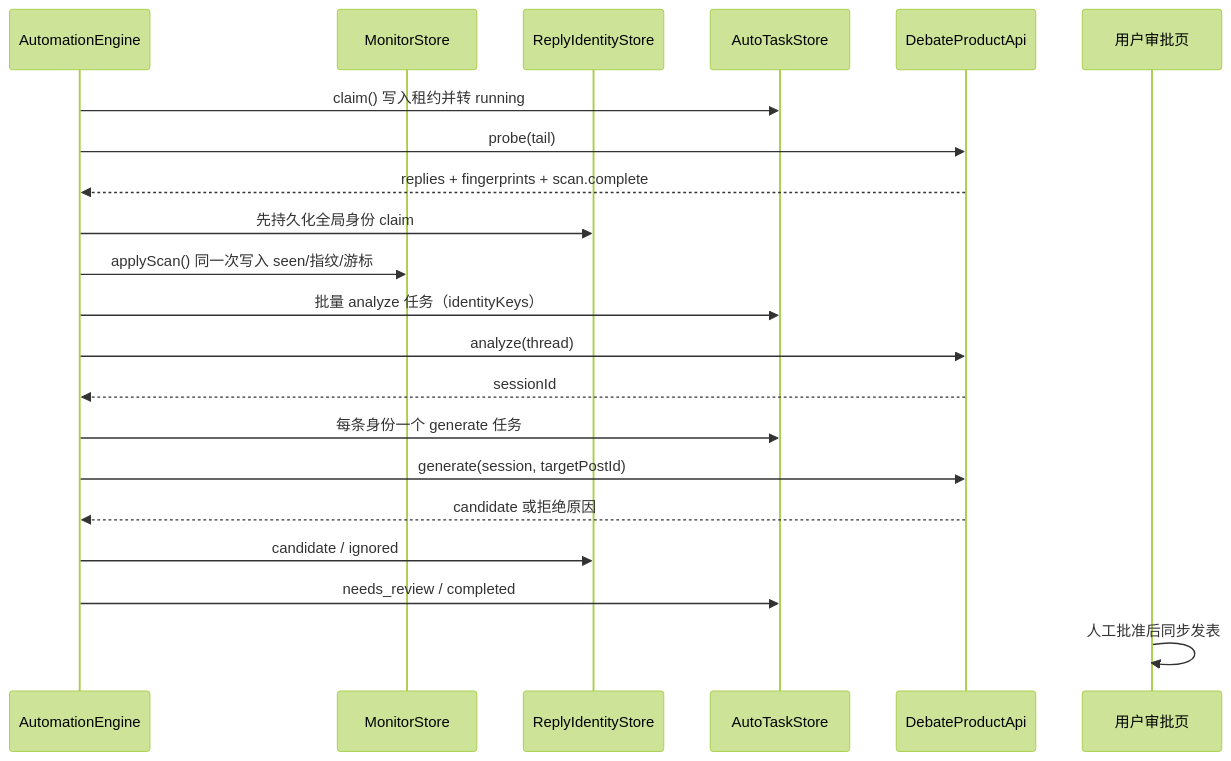
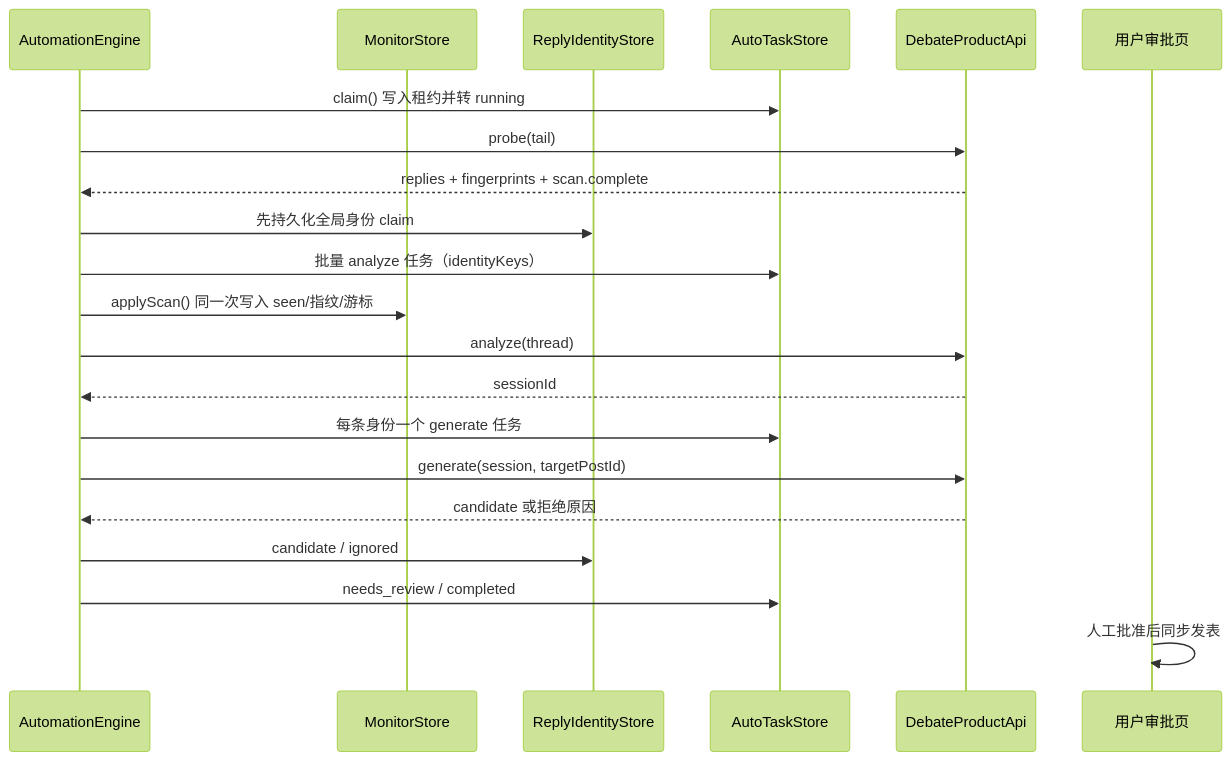
Before and after one commit to alicia1030su/ai-debate: the second of 2 diagrams in docs/architecture-v0.2.2.md, drawn with Mermaid (forest theme). The commit also changed other lines of this file and 22 other files, not shown here.

````diff
--- a/docs/architecture-v0.2.2.md
+++ b/docs/architecture-v0.2.2.md
@@ -98,24 +98,24 @@
 ```mermaid
 sequenceDiagram
   participant E as AutomationEngine
   participant M as MonitorStore
   participant I as ReplyIdentityStore
   participant T as AutoTaskStore
   participant A as DebateProductApi
   participant U as 用户审批页
 
   E->>T: claim() 写入租约并转 running
   E->>A: probe(tail)
   A-->>E: replies + fingerprints + scan.complete
   E->>I: 先持久化全局身份 claim
+  E->>T: 批量 analyze 任务（identityKeys）
   E->>M: applyScan() 同一次写入 seen/指纹/游标
-  E->>T: 批量 analyze 任务（identityKeys）
   E->>A: analyze(thread)
   A-->>E: sessionId
   E->>T: 每条身份一个 generate 任务
   E->>A: generate(session, targetPostId)
   A-->>E: candidate 或拒绝原因
   E->>I: candidate / ignored
   E->>T: needs_review / completed
   U->>U: 人工批准后同步发表
 ```
````
